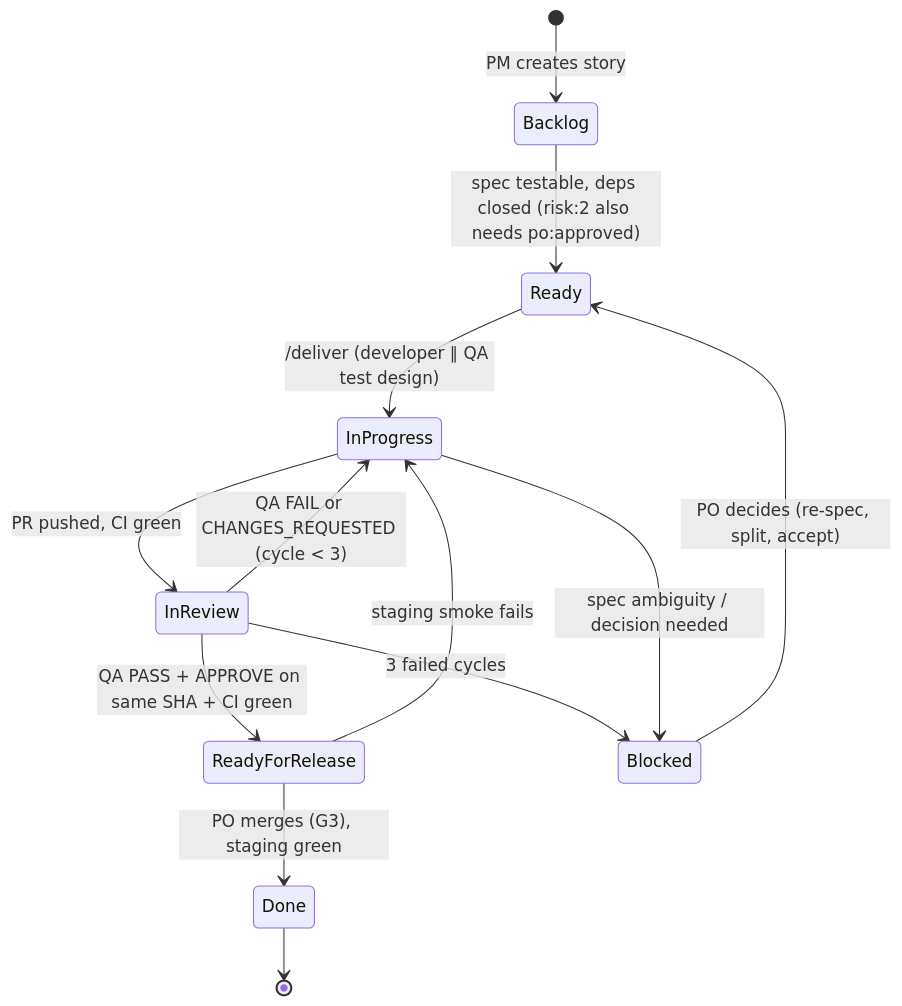
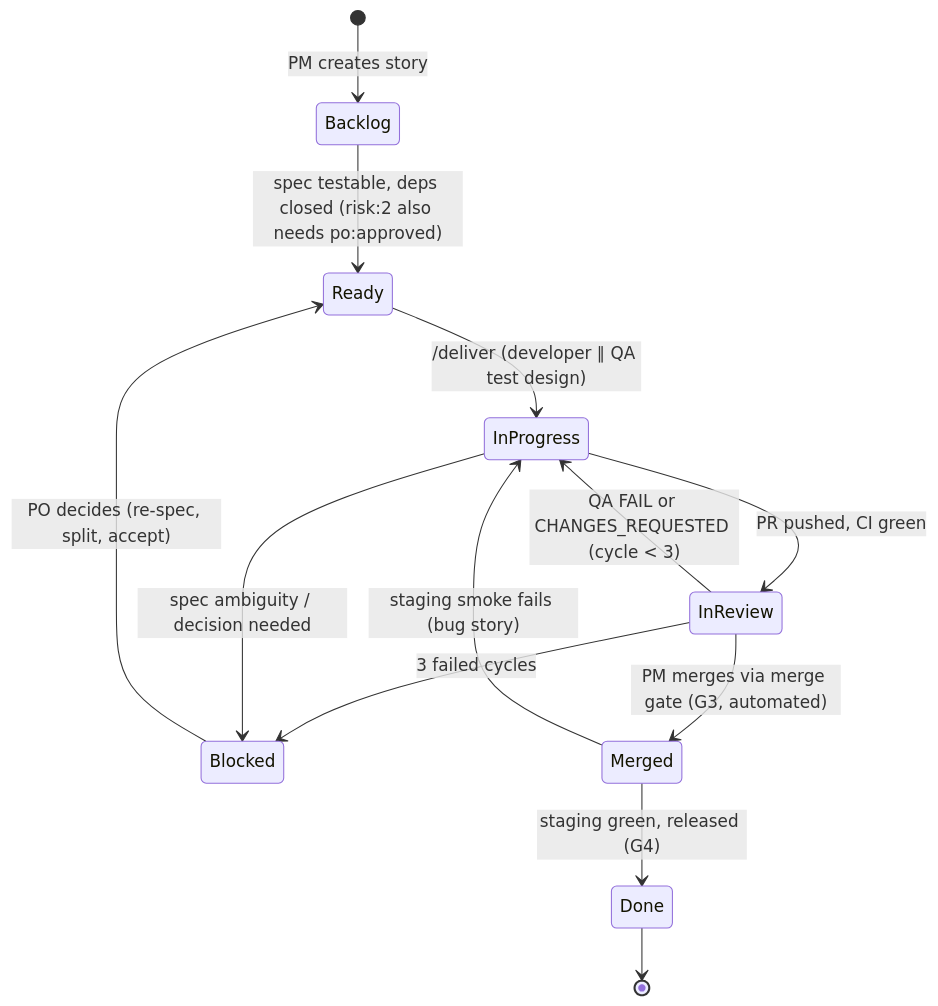
Before and after one commit to pouyafath/agentic-team: the first of 2 diagrams in docs/04-workflow.md, drawn with Mermaid. The commit also changed other lines of this file and 14 other files, not shown here.

First line of the commit message:
Autonomous merge gate and subscription-first cost model

````diff
--- a/docs/04-workflow.md
+++ b/docs/04-workflow.md
@@ -8,15 +8,15 @@
 ```mermaid
 stateDiagram-v2
   [*] --> Backlog: PM creates story
   Backlog --> Ready: spec testable, deps closed (risk:2 also needs po:approved)
   Ready --> InProgress: /deliver (developer ∥ QA test design)
   InProgress --> InReview: PR pushed, CI green
   InReview --> InProgress: QA FAIL or CHANGES_REQUESTED (cycle < 3)
-  InReview --> ReadyForRelease: QA PASS + APPROVE on same SHA + CI green
   InReview --> Blocked: 3 failed cycles
   InProgress --> Blocked: spec ambiguity / decision needed
   Blocked --> Ready: PO decides (re-spec, split, accept)
-  ReadyForRelease --> Done: PO merges (G3), staging green
-  ReadyForRelease --> InProgress: staging smoke fails
+  InReview --> Merged: PM merges via merge gate (G3, automated)
+  Merged --> Done: staging green, released (G4)
+  Merged --> InProgress: staging smoke fails (bug story)
   Done --> [*]
 ```
````
